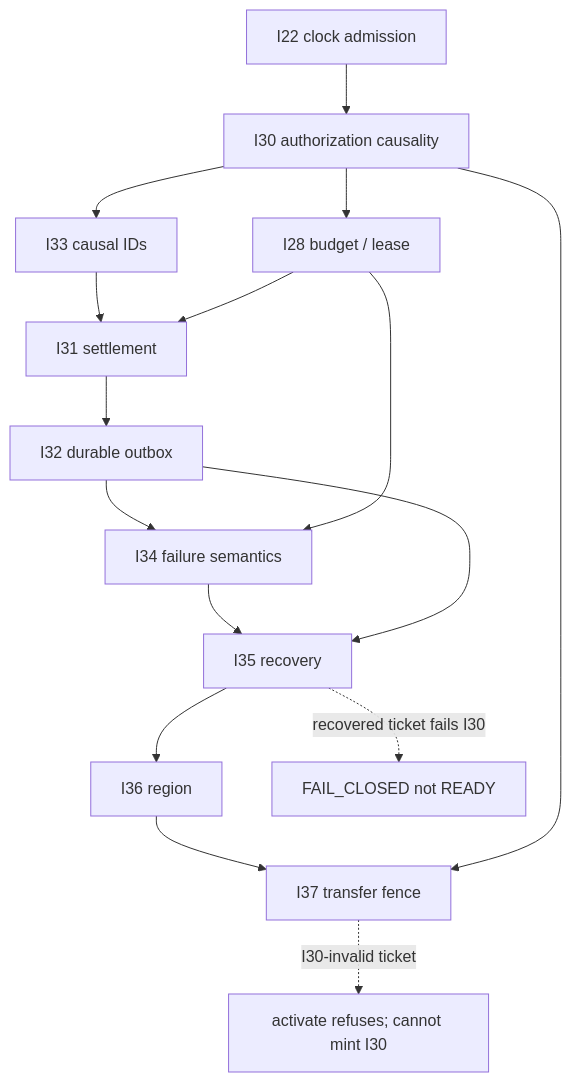
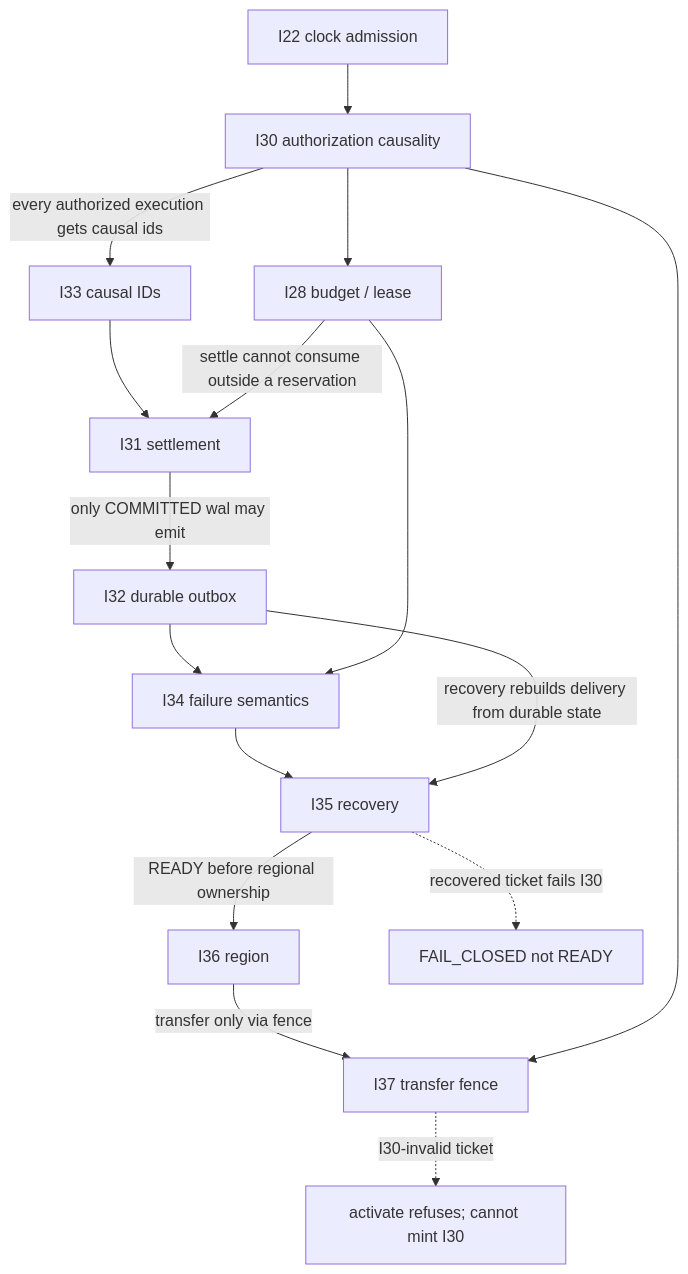
One commit to AviralGup7/Singularity-Zero changed diagram 17 of 17 in docs/flowchart.md. Above: the diagram before and after it, drawn with Mermaid. The commit also changed other lines of this file and 1 other file, not shown here.

Commit message:
docs: F-033 bidirectional proof edges and reverse assumptions

````diff
--- a/docs/flowchart.md
+++ b/docs/flowchart.md
@@ -609,18 +609,18 @@
 ```mermaid
 flowchart TD
     I22["I22 clock admission"] --> I30g["I30 authorization causality"]
-    I30g --> I33g["I33 causal IDs"]
+    I30g -->|"every authorized execution gets causal ids"| I33g["I33 causal IDs"]
     I30g --> I28g["I28 budget / lease"]
     I33g --> I31g["I31 settlement"]
-    I28g --> I31g
-    I31g --> I32g["I32 durable outbox"]
+    I28g -->|"settle cannot consume outside a reservation"| I31g
+    I31g -->|"only COMMITTED wal may emit"| I32g["I32 durable outbox"]
     I32g --> I34g["I34 failure semantics"]
     I28g --> I34g
     I34g --> I35g["I35 recovery"]
-    I32g --> I35g
-    I35g --> I36g["I36 region"]
-    I36g --> I37g["I37 transfer fence"]
+    I32g -->|"recovery rebuilds delivery from durable state"| I35g
+    I35g -->|"READY before regional ownership"| I36g["I36 region"]
+    I36g -->|"transfer only via fence"| I37g["I37 transfer fence"]
     I30g --> I37g
     I35g -.->|"recovered ticket fails I30"| NoReady["FAIL_CLOSED not READY"]
     I37g -.->|"I30-invalid ticket"| NoMint["activate refuses; cannot mint I30"]
 ```
````
